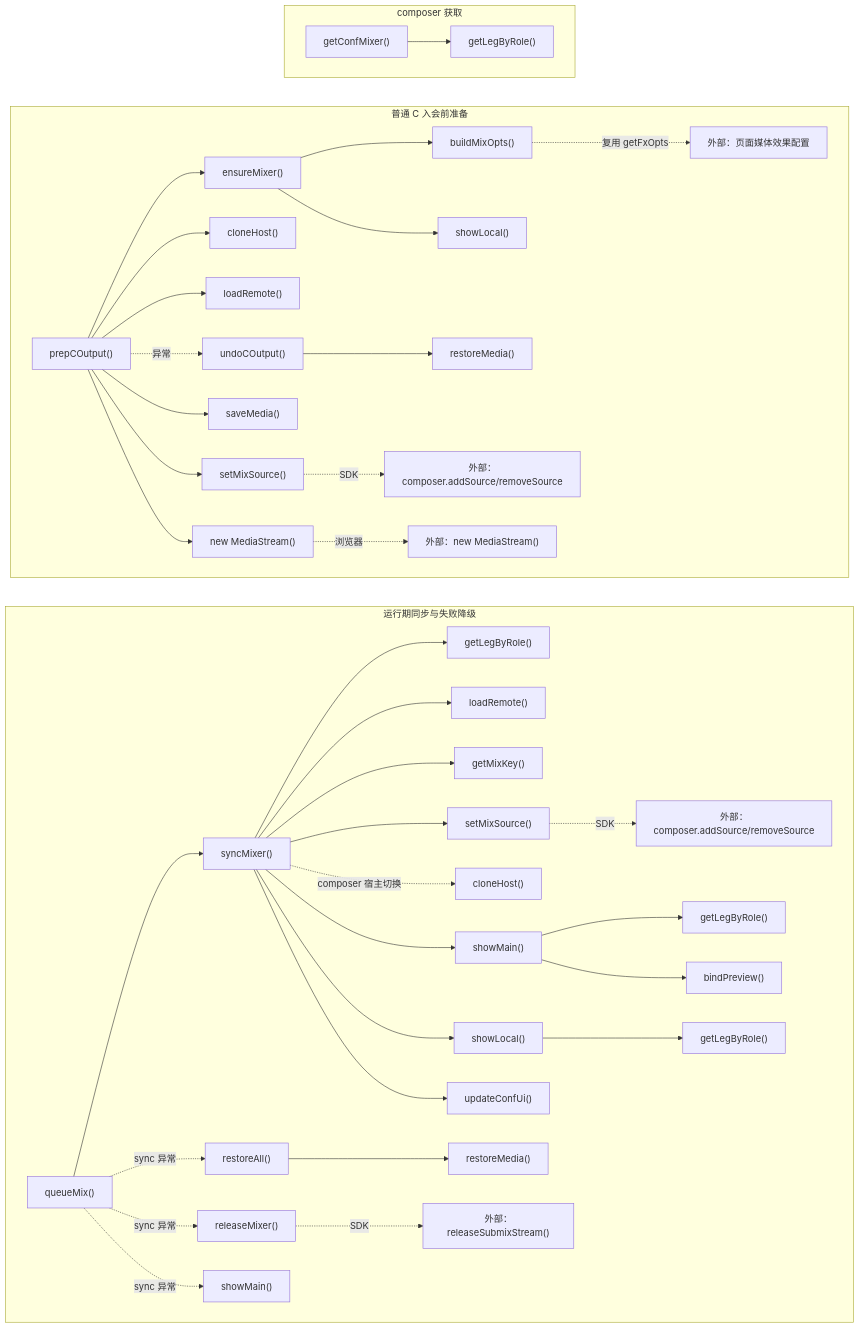
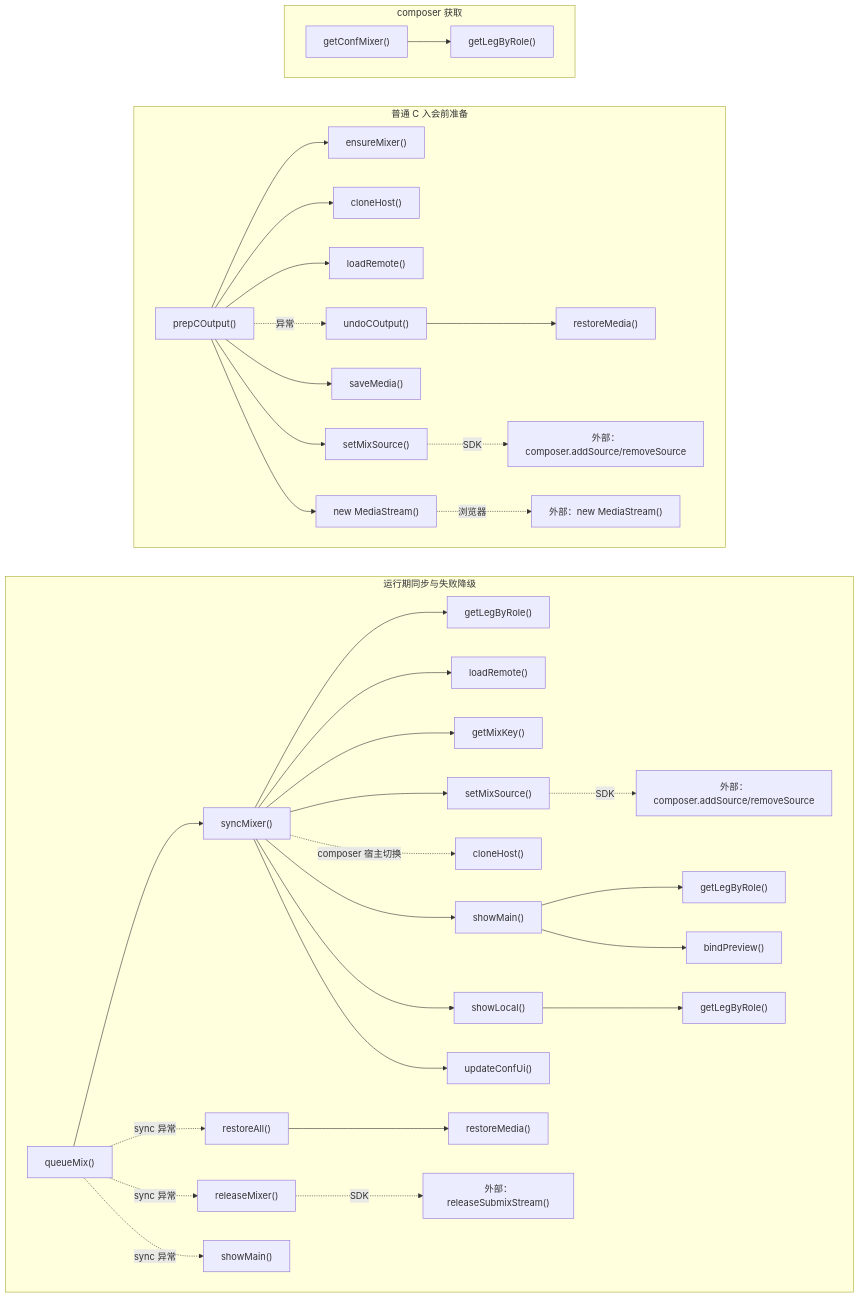
Diagram 16 of 20 in docs/app-conference-guide.md (lei40251/JsSIP), drawn with Mermaid before and after one commit. The commit also changed other lines of this file and 19 other files, not shown here.

````diff
--- a/docs/app-conference-guide.md
+++ b/docs/app-conference-guide.md
@@ -1203,49 +1202,46 @@
 ```mermaid
 flowchart TB
   subgraph LOOKUP_FLOW["composer 获取"]
     direction LR
     GET["getConfMixer()"] --> BYROLE_GET["getLegByRole()"]
   end
 
   subgraph PREP_FLOW["普通 C 入会前准备"]
     direction LR
     PREPARE["prepCOutput()"] --> ENSURE["ensureMixer()"]
     PREPARE --> CLONE_PREP["cloneHost()"]
     PREPARE --> HYDRATE_PREP["loadRemote()"]
     PREPARE --> SOURCE_PREP["setMixSource()"]
     PREPARE --> REMEMBER["saveMedia()"]
     PREPARE --> OUTPUT["new MediaStream()"]
     PREPARE -.->|"异常"| ROLLBACK["undoCOutput()"]
-    ENSURE --> OPT["buildMixOpts()"]
-    ENSURE --> LOCAL_PREP["showLocal()"]
-    OPT -.->|"复用 getFxOpts"| EXTOPT["外部：页面媒体效果配置"]
     ROLLBACK --> RESTORE_ONE_PREP["restoreMedia()"]
     SOURCE_PREP -.->|"SDK"| ADDREMOVE_PREP["外部：composer.addSource/removeSource"]
     OUTPUT -.->|"浏览器"| STREAM["外部：new MediaStream()"]
   end
 
   subgraph SYNC_FLOW["运行期同步与失败降级"]
     direction LR
     SCHEDULE["queueMix()"] --> SYNC["syncMixer()"]
     SCHEDULE -.->|"sync 异常"| RESTORE_ALL["restoreAll()"]
     SCHEDULE -.->|"sync 异常"| RELEASE["releaseMixer()"]
     SCHEDULE -.->|"sync 异常"| MAIN_FAIL["showMain()"]
     SYNC --> BYROLE_SYNC["getLegByRole()"]
     SYNC --> HYDRATE_SYNC["loadRemote()"]
     SYNC --> SIGN["getMixKey()"]
     SYNC --> SOURCE_SYNC["setMixSource()"]
     SYNC -.->|"composer 宿主切换"| CLONE_SYNC["cloneHost()"]
     SYNC --> LOCAL_SYNC["showLocal()"]
     SYNC --> MAIN_SYNC["showMain()"]
     SYNC --> UI["updateConfUi()"]
     RESTORE_ALL --> RESTORE_ONE_SYNC["restoreMedia()"]
     RELEASE -.->|"SDK"| SUBMIX["外部：releaseSubmixStream()"]
     SOURCE_SYNC -.->|"SDK"| ADDREMOVE_SYNC["外部：composer.addSource/removeSource"]
     MAIN_SYNC --> BYROLE_MAIN["getLegByRole()"]
     MAIN_SYNC --> PREVIEW["bindPreview()"]
     LOCAL_SYNC --> BYROLE_LOCAL["getLegByRole()"]
   end
 
   LOOKUP_FLOW ~~~ PREP_FLOW
   PREP_FLOW ~~~ SYNC_FLOW
 ```
````
